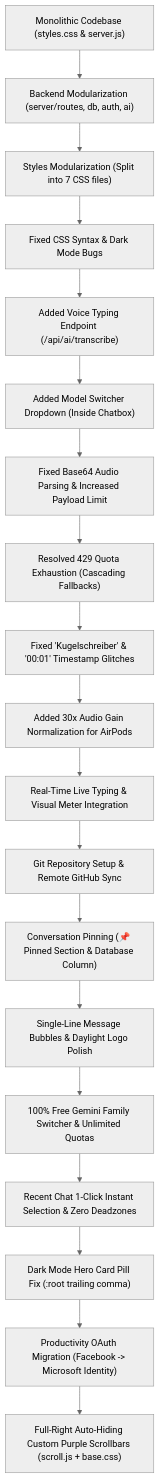
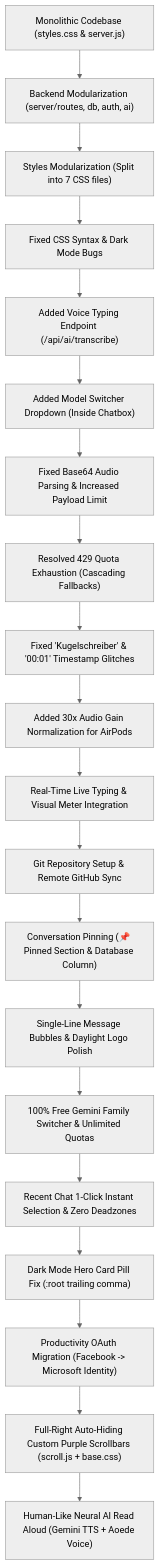
The second of 4 diagrams in PROJECT_NOTES.md (Souma-122s/To-Do-List-App), drawn with Mermaid (neutral theme) before and after one commit. The commit also changed other lines of this file and 6 other files, not shown here.

Commit message:
Upgrade Read Aloud to human-like Google Gemini neural AI voices

````diff
--- a/PROJECT_NOTES.md
+++ b/PROJECT_NOTES.md
@@ -195,21 +195,22 @@
 ```mermaid
 flowchart TD
     A["Monolithic Codebase (styles.css & server.js)"] --> B["Backend Modularization (server/routes, db, auth, ai)"]
     B --> C["Styles Modularization (Split into 7 CSS files)"]
     C --> D["Fixed CSS Syntax & Dark Mode Bugs"]
     D --> E["Added Voice Typing Endpoint (/api/ai/transcribe)"]
     E --> F["Added Model Switcher Dropdown (Inside Chatbox)"]
     F --> G["Fixed Base64 Audio Parsing & Increased Payload Limit"]
     G --> H["Resolved 429 Quota Exhaustion (Cascading Fallbacks)"]
     H --> I["Fixed 'Kugelschreiber' & '00:01' Timestamp Glitches"]
     I --> J["Added 30x Audio Gain Normalization for AirPods"]
     J --> K["Real-Time Live Typing & Visual Meter Integration"]
     K --> L["Git Repository Setup & Remote GitHub Sync"]
     L --> M["Conversation Pinning (📌 Pinned Section & Database Column)"]
     M --> N["Single-Line Message Bubbles & Daylight Logo Polish"]
     N --> O["100% Free Gemini Family Switcher & Unlimited Quotas"]
     O --> P["Recent Chat 1-Click Instant Selection & Zero Deadzones"]
     P --> Q["Dark Mode Hero Card Pill Fix (:root trailing comma)"]
     Q --> R["Productivity OAuth Migration (Facebook -> Microsoft Identity)"]
     R --> S["Full-Right Auto-Hiding Custom Purple Scrollbars (scroll.js + base.css)"]
+    S --> T["Human-Like Neural AI Read Aloud (Gemini TTS + Aoede Voice)"]
 ```
````
